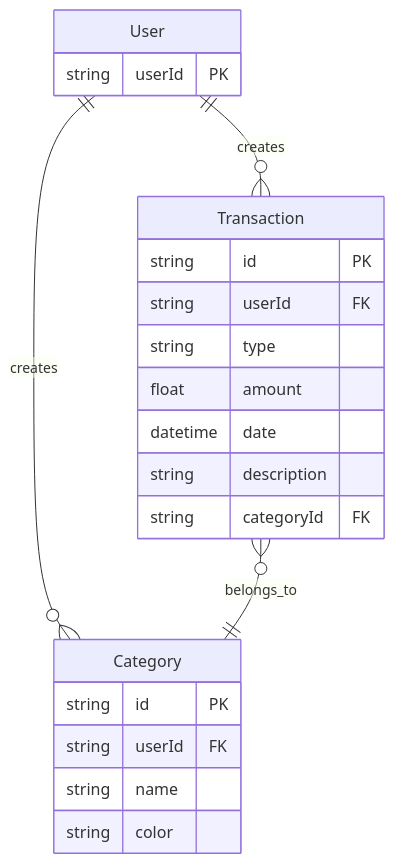
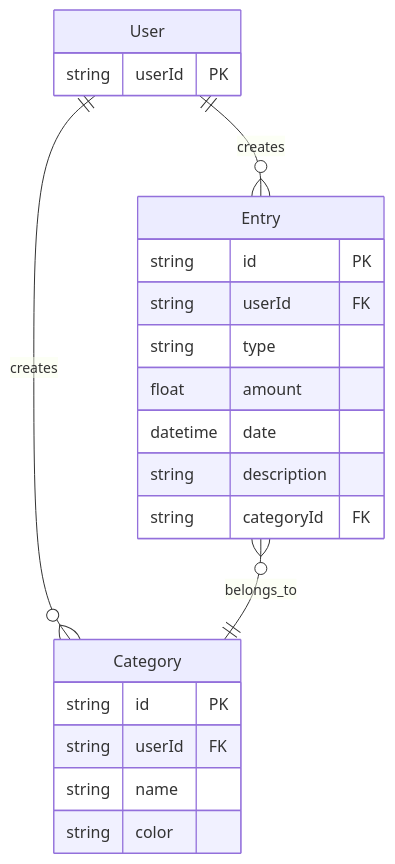
Before and after one commit to sugawara-kouki/week-kakeibo: the third of 3 diagrams in .kiro/specs/weekly-kakeibo-app/basic-design.md, drawn with Mermaid. The commit also changed other lines of this file and 5 other files, not shown here.

````diff
--- a/.kiro/specs/weekly-kakeibo-app/basic-design.md
+++ b/.kiro/specs/weekly-kakeibo-app/basic-design.md
@@ -420,27 +476,27 @@
 ```mermaid
 erDiagram
-    User ||--o{ Transaction : creates
+    User ||--o{ Entry : creates
     User ||--o{ Category : creates
-    Transaction }o--|| Category : belongs_to
+    Entry }o--|| Category : belongs_to
     
     User {
         string userId PK
     }
     
-    Transaction {
+    Entry {
         string id PK
         string userId FK
         string type
         float amount
         datetime date
         string description
         string categoryId FK
     }
     
     Category {
         string id PK
         string userId FK
         string name
         string color
     }
 ```
````
